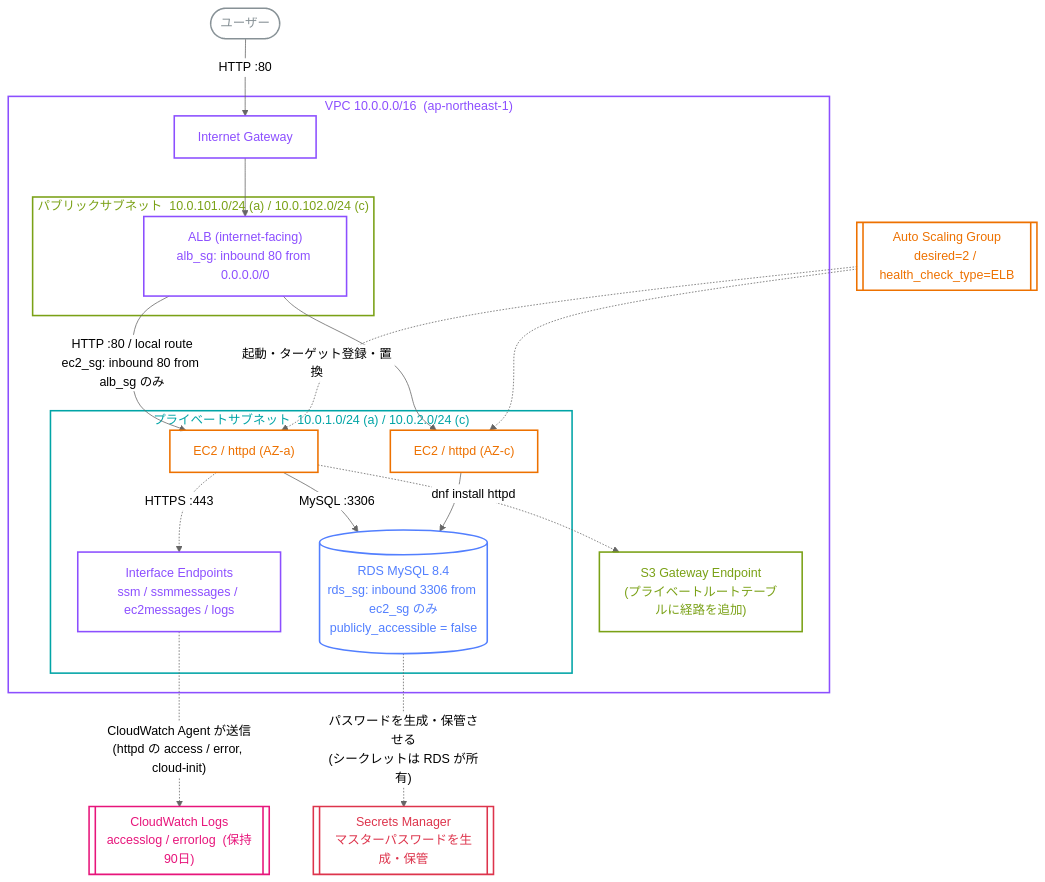
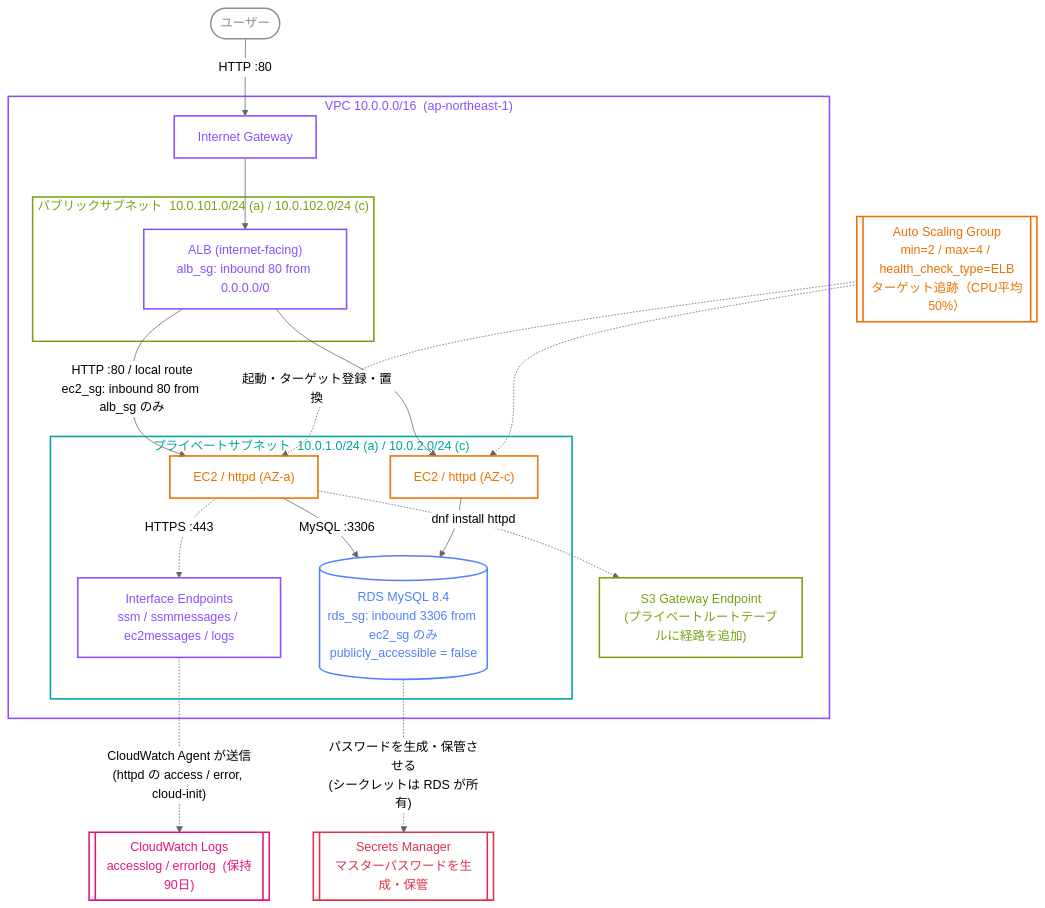
One commit to youzuogoukou-cloud/aws-3tier-web-terraform changed the diagram in README.md. Above: the diagram before and after it, drawn with Mermaid (neutral theme). The commit also changed other lines of this file, not shown here.

Commit message:
Document the scaling policy and monitoring trade-off

````diff
--- a/README.md
+++ b/README.md
@@ -17,57 +17,57 @@
 ```mermaid
 flowchart TB
     User([ユーザー])
 
     subgraph VPC["VPC 10.0.0.0/16 &nbsp;(ap-northeast-1)"]
         IGW[Internet Gateway]
 
         subgraph Public["パブリックサブネット &nbsp;10.0.101.0/24 (a) / 10.0.102.0/24 (c)"]
             ALB["ALB (internet-facing)<br/>alb_sg: inbound 80 from 0.0.0.0/0"]
         end
 
         subgraph Private["プライベートサブネット &nbsp;10.0.1.0/24 (a) / 10.0.2.0/24 (c)"]
             EC2A["EC2 / httpd&nbsp;(AZ-a)"]
             EC2C["EC2 / httpd&nbsp;(AZ-c)"]
             EPS["Interface Endpoints<br/>ssm / ssmmessages / ec2messages / logs"]
             RDS[("RDS MySQL 8.4<br/>rds_sg: inbound 3306 from ec2_sg のみ<br/>publicly_accessible = false")]
         end
 
         S3EP["S3 Gateway Endpoint<br/>(プライベートルートテーブルに経路を追加)"]
     end
 
-    ASG[["Auto Scaling Group<br/>desired=2 / health_check_type=ELB"]]
+    ASG[["Auto Scaling Group<br/>min=2 / max=4 / health_check_type=ELB<br/>ターゲット追跡（CPU平均50%）"]]
     SM[["Secrets Manager<br/>マスターパスワードを生成・保管"]]
     CWL[["CloudWatch Logs<br/>accesslog / errorlog &nbsp;(保持90日)"]]
 
     User -->|HTTP :80| IGW --> ALB
     ALB -->|"HTTP :80 / local route<br/>ec2_sg: inbound 80 from alb_sg のみ"| EC2A
     ALB --> EC2C
     ASG -.->|起動・ターゲット登録・置換| EC2A
     ASG -.-> EC2C
     EC2A -.->|HTTPS :443| EPS
     EC2A -.->|dnf install httpd| S3EP
     EPS -.->|"CloudWatch Agent が送信<br/>(httpd の access / error, cloud-init)"| CWL
     EC2A -->|"MySQL :3306"| RDS
     EC2C --> RDS
     RDS -.->|"パスワードを生成・保管させる<br/>(シークレットは RDS が所有)"| SM
 
     classDef network  fill:transparent,stroke:#8C4FFF,stroke-width:2px,color:#8C4FFF
     classDef compute  fill:transparent,stroke:#ED7100,stroke-width:2px,color:#ED7100
     classDef database fill:transparent,stroke:#527FFF,stroke-width:2px,color:#527FFF
     classDef storage  fill:transparent,stroke:#7AA116,stroke-width:2px,color:#7AA116
     classDef security fill:transparent,stroke:#DD344C,stroke-width:2px,color:#DD344C
     classDef mgmt     fill:transparent,stroke:#E7157B,stroke-width:2px,color:#E7157B
     classDef actor    fill:transparent,stroke:#879196,stroke-width:2px,color:#879196
 
     class IGW,ALB,EPS network
     class EC2A,EC2C,ASG compute
     class RDS database
     class S3EP storage
     class SM security
     class CWL mgmt
     class User actor
 
     style VPC     fill:transparent,stroke:#8C4FFF,stroke-width:2px,color:#8C4FFF
     style Public  fill:transparent,stroke:#7AA116,stroke-width:2px,color:#7AA116
     style Private fill:transparent,stroke:#00A4A6,stroke-width:2px,color:#00A4A6
 ```
````
